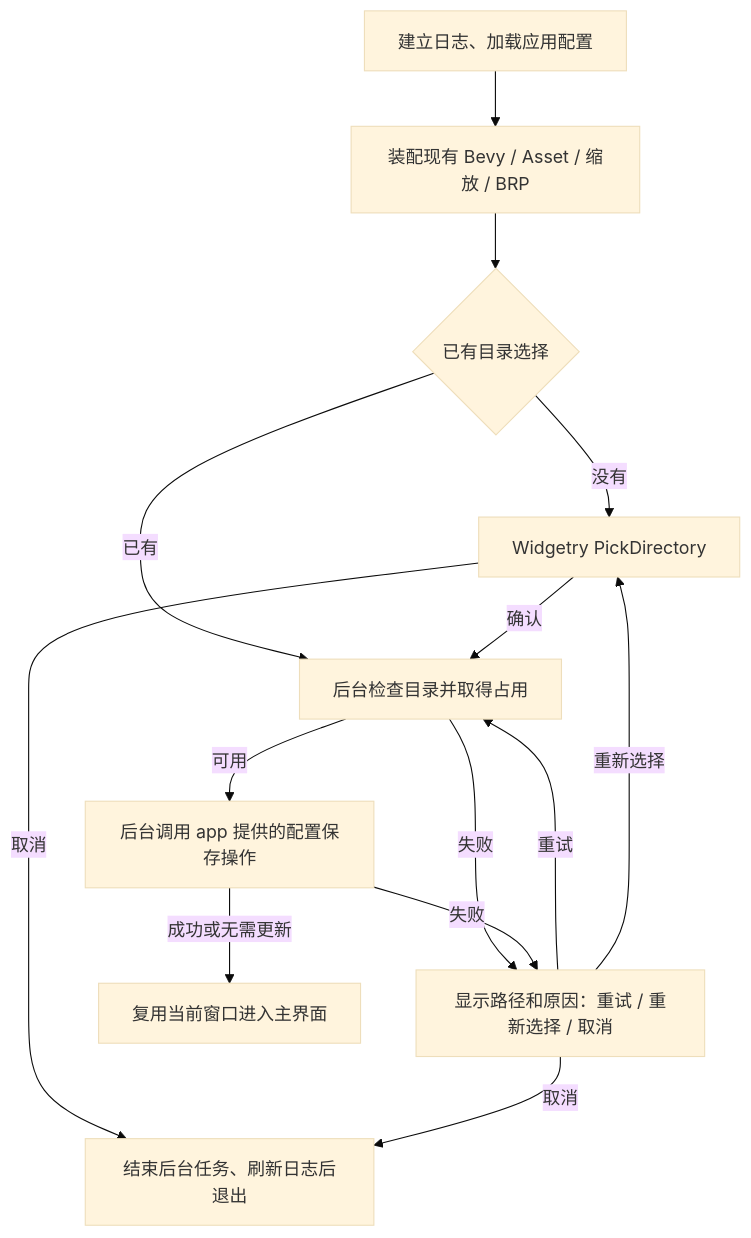
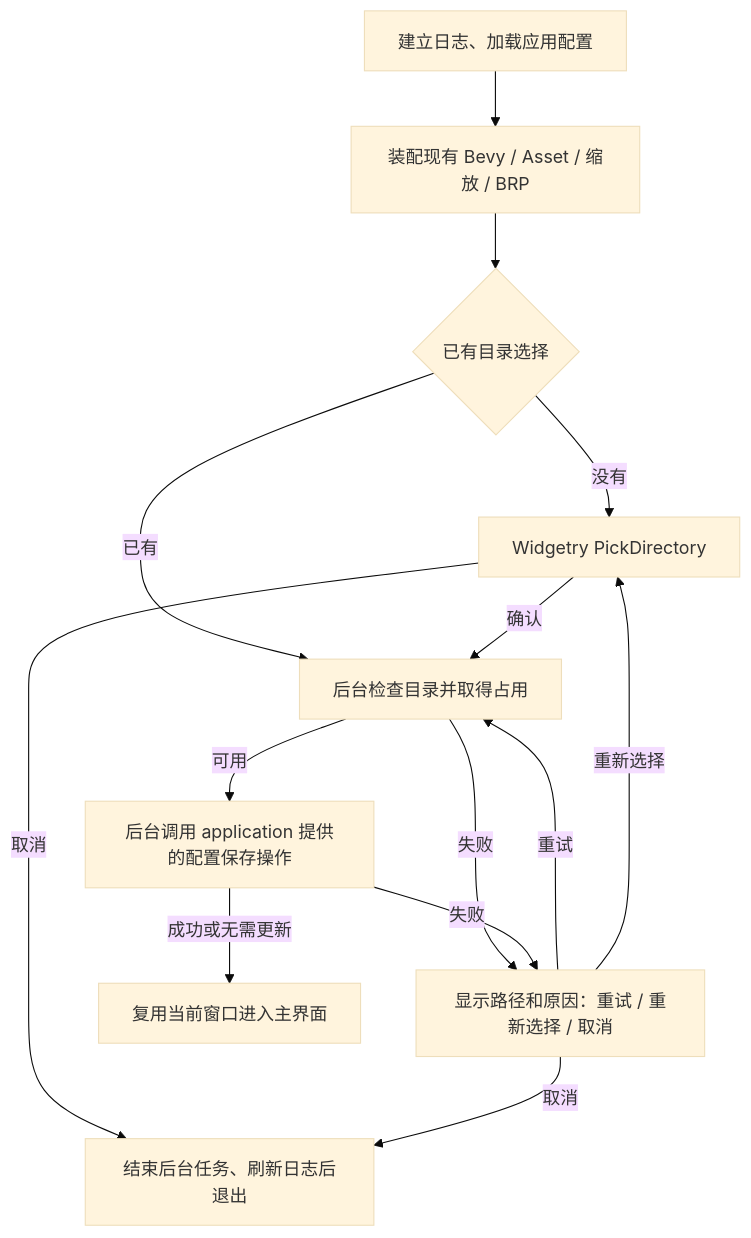
One commit to slc90/Agentelier changed the diagram in docs/design/mechanisms/application-data.md. Above: the diagram before and after it, drawn with Mermaid (base theme). The commit also changed other lines of this file and 24 other files, not shown here.

````diff
--- a/docs/design/mechanisms/application-data.md
+++ b/docs/design/mechanisms/application-data.md
@@ -13,16 +13,16 @@
 ```mermaid
 flowchart TD
     Start["建立日志、加载应用配置"] --> Runtime["装配现有 Bevy / Asset / 缩放 / BRP"]
     Runtime --> Saved{"已有目录选择"}
     Saved -->|没有| Pick["Widgetry PickDirectory"]
     Saved -->|已有| Check["后台检查目录并取得占用"]
     Pick -->|确认| Check
     Pick -->|取消| Exit["结束后台任务、刷新日志后退出"]
     Check -->|失败| Resolve["显示路径和原因：重试 / 重新选择 / 取消"]
     Resolve -->|重试| Check
     Resolve -->|重新选择| Pick
     Resolve -->|取消| Exit
-    Check -->|可用| Save["后台调用 app 提供的配置保存操作"]
+    Check -->|可用| Save["后台调用 application 提供的配置保存操作"]
     Save -->|成功或无需更新| Main["复用当前窗口进入主界面"]
     Save -->|失败| Resolve
 ```
````
